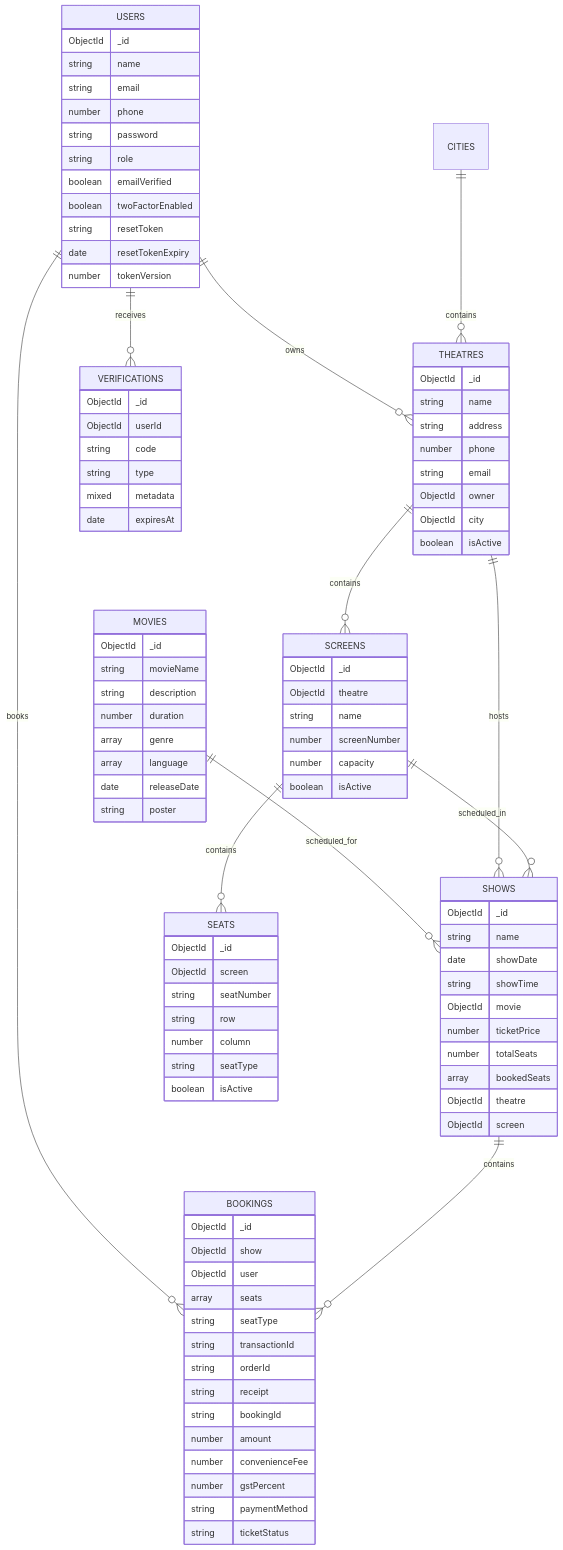
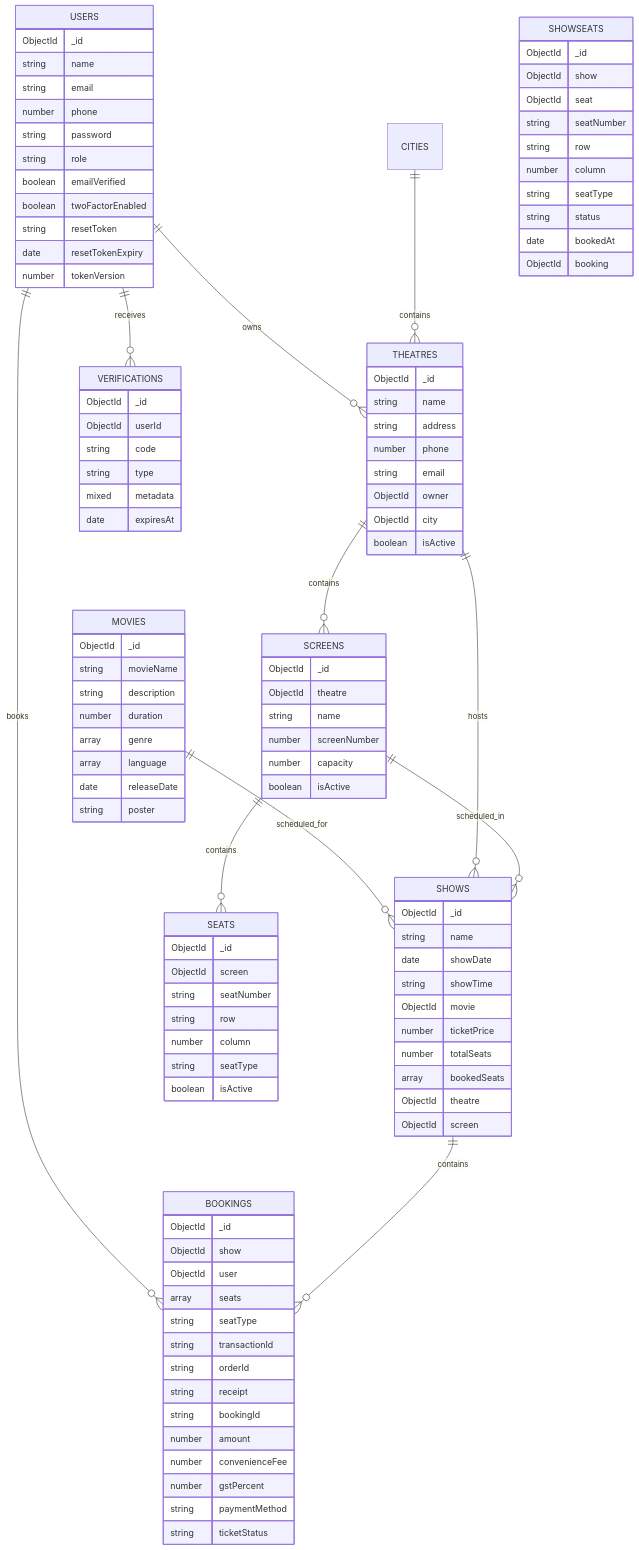
One commit to Shravan-509/BookMyShow changed the seventh of 10 diagrams in docs/PROJECT_DOCUMENTATION.md. Above: the diagram before and after it, drawn with Mermaid. The commit also changed other lines of this file and 10 other files, not shown here.

```diff
--- a/docs/PROJECT_DOCUMENTATION.md
+++ b/docs/PROJECT_DOCUMENTATION.md
@@ -621,6 +623,19 @@
         ObjectId screen
     }
 
+    SHOWSEATS {
+        ObjectId _id
+        ObjectId show
+        ObjectId seat
+        string seatNumber
+        string row
+        number column
+        string seatType
+        string status
+        date bookedAt
+        ObjectId booking
+    }
+
     BOOKINGS {
         ObjectId _id
         ObjectId show
```
